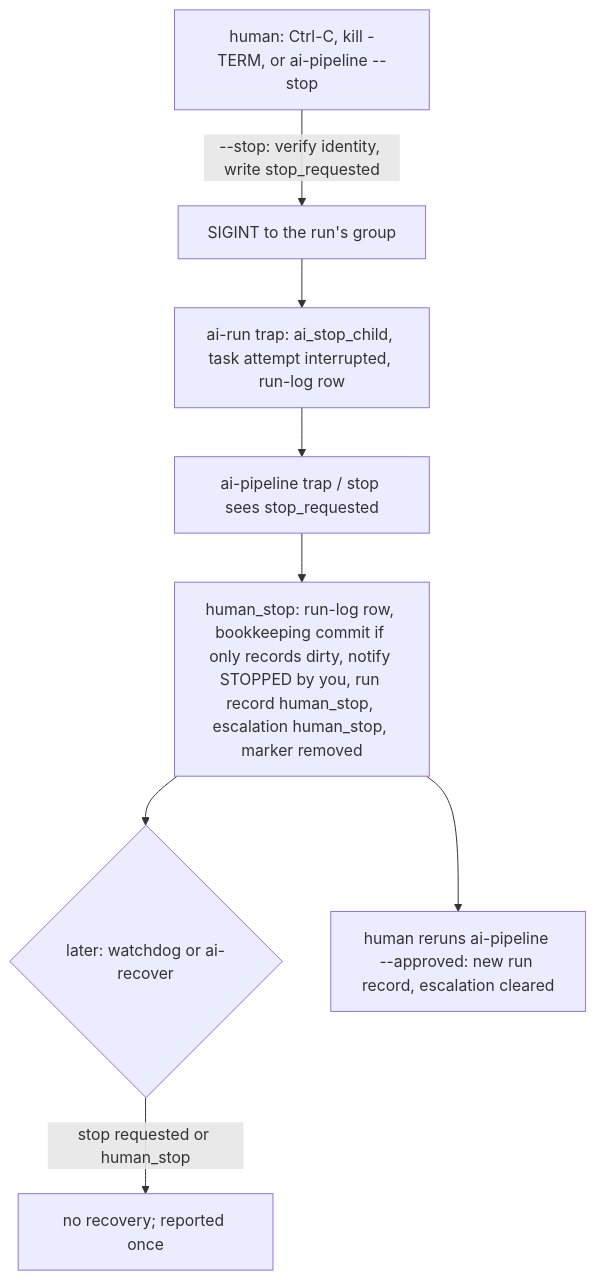
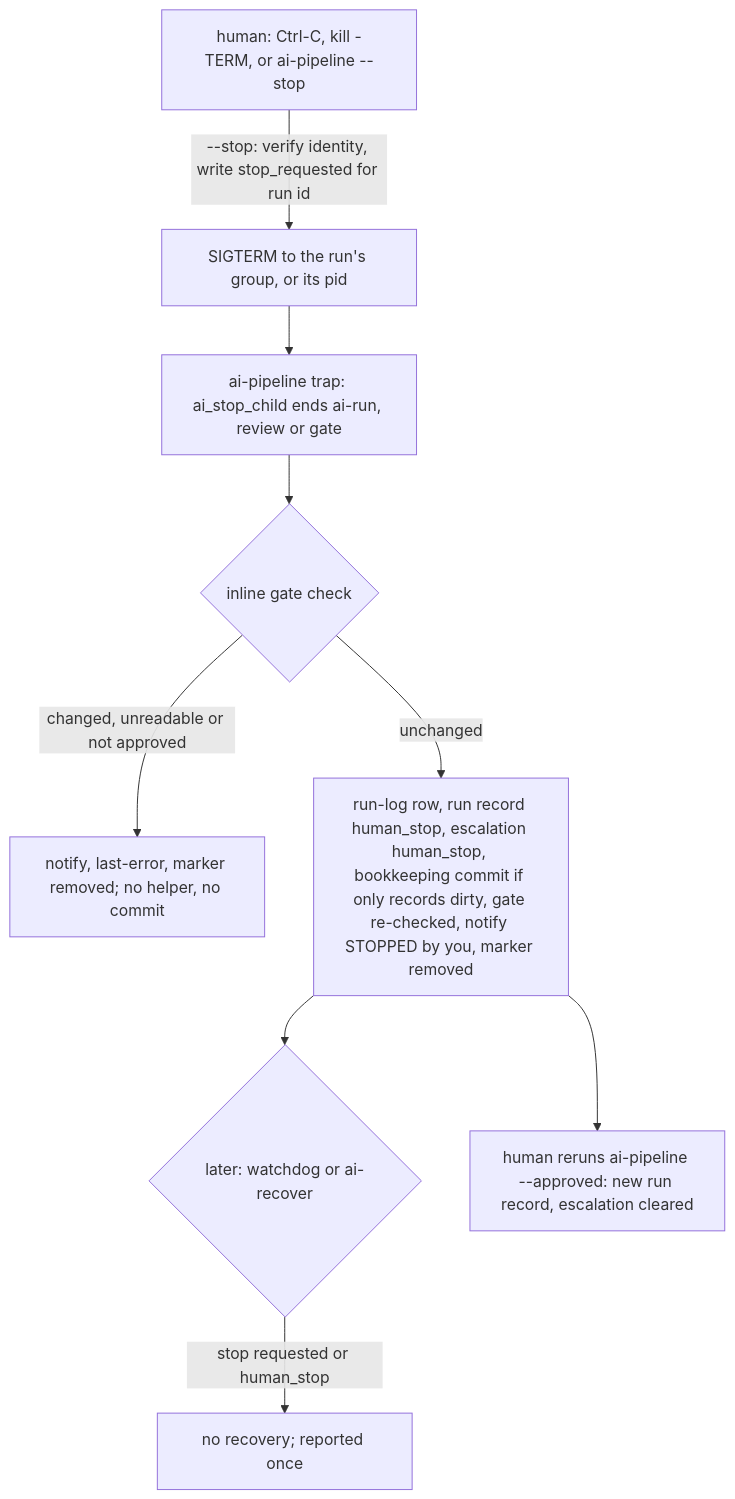
Before and after one commit to Muf454/agents: the diagram in .ai/current-plan.md, drawn with Mermaid. The commit also changed other lines of this file and 4 other files, not shown here.

First line of the commit message:
plan: batch 11 revision 1 after the hand-run Codex plan review (P1–P11)

````diff
--- a/.ai/current-plan.md
+++ b/.ai/current-plan.md
@@ -57,10 +94,11 @@
 ```mermaid
 flowchart TD
-  H[human: Ctrl-C, kill -TERM, or ai-pipeline --stop] -->|--stop: verify identity, write stop_requested| S[SIGINT to the run's group]
-  S --> R[ai-run trap: ai_stop_child, task attempt interrupted, run-log row]
-  R --> P[ai-pipeline trap / stop sees stop_requested]
-  P --> HS[human_stop: run-log row, bookkeeping commit if only records dirty, notify STOPPED by you, run record human_stop, escalation human_stop, marker removed]
+  H[human: Ctrl-C, kill -TERM, or ai-pipeline --stop] -->|--stop: verify identity, write stop_requested for run id| S[SIGTERM to the run's group, or its pid]
+  S --> P[ai-pipeline trap: ai_stop_child ends ai-run, review or gate]
+  P --> G{inline gate check}
+  G -->|changed, unreadable or not approved| M[notify, last-error, marker removed; no helper, no commit]
+  G -->|unchanged| HS[run-log row, run record human_stop, escalation human_stop, bookkeeping commit if only records dirty, gate re-checked, notify STOPPED by you, marker removed]
   HS --> W{later: watchdog or ai-recover}
   W -->|stop requested or human_stop| E[no recovery; reported once]
   HS --> A[human reruns ai-pipeline --approved: new run record, escalation cleared]
 ```
````
